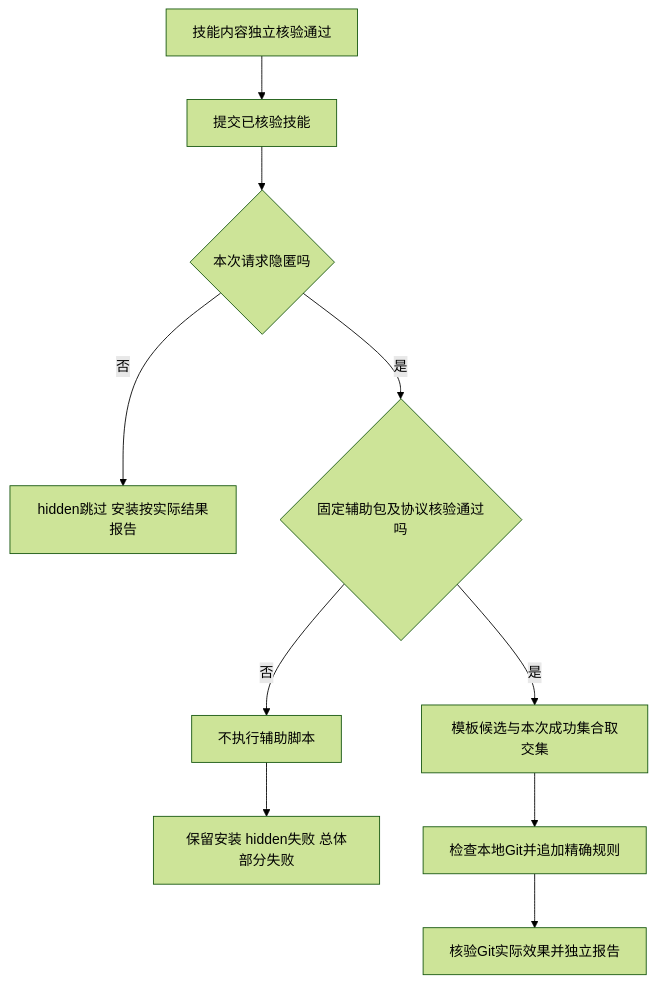
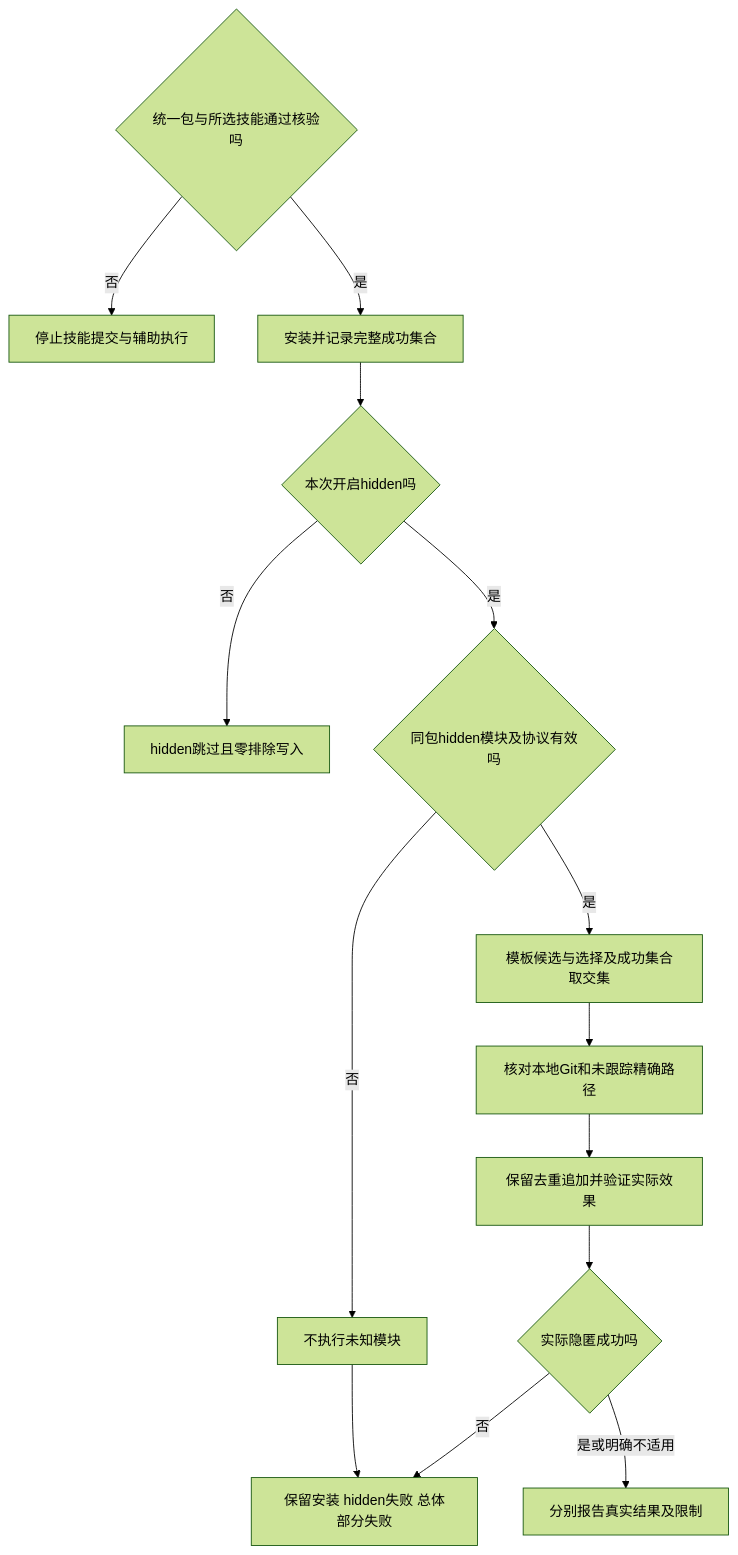
One commit to Ena-Heleneto/agent-foundry changed the second of 15 diagrams in specs/skills/001-skills-distribution/diagrams.md. Above: the diagram before and after it, drawn with Mermaid (forest theme). The commit also changed other lines of this file and 52 other files, not shown here.

````diff
--- a/specs/skills/001-skills-distribution/diagrams.md
+++ b/specs/skills/001-skills-distribution/diagrams.md
@@ -23,12 +23,16 @@
 ```mermaid
 flowchart TD
-    A[技能内容独立核验通过] --> B[提交已核验技能]
-    B --> C{本次请求隐匿吗}
-    C -->|否| D[hidden跳过 安装按实际结果报告]
-    C -->|是| E{固定辅助包及协议核验通过吗}
-    E -->|否| F[不执行辅助脚本]
-    F --> G[保留安装 hidden失败 总体部分失败]
-    E -->|是| H[模板候选与本次成功集合取交集]
-    H --> I[检查本地Git并追加精确规则]
-    I --> J[核验Git实际效果并独立报告]
+    A{统一包与所选技能通过核验吗} -->|否| B[停止技能提交与辅助执行]
+    A -->|是| C[安装并记录完整成功集合]
+    C --> D{本次开启hidden吗}
+    D -->|否| E[hidden跳过且零排除写入]
+    D -->|是| F{同包hidden模块及协议有效吗}
+    F -->|否| G[不执行未知模块]
+    G --> H[保留安装 hidden失败 总体部分失败]
+    F -->|是| I[模板候选与选择及成功集合取交集]
+    I --> J[核对本地Git和未跟踪精确路径]
+    J --> K[保留去重追加并验证实际效果]
+    K --> L{实际隐匿成功吗}
+    L -->|否| H
+    L -->|是或明确不适用| M[分别报告真实结果及限制]
 ```
````
